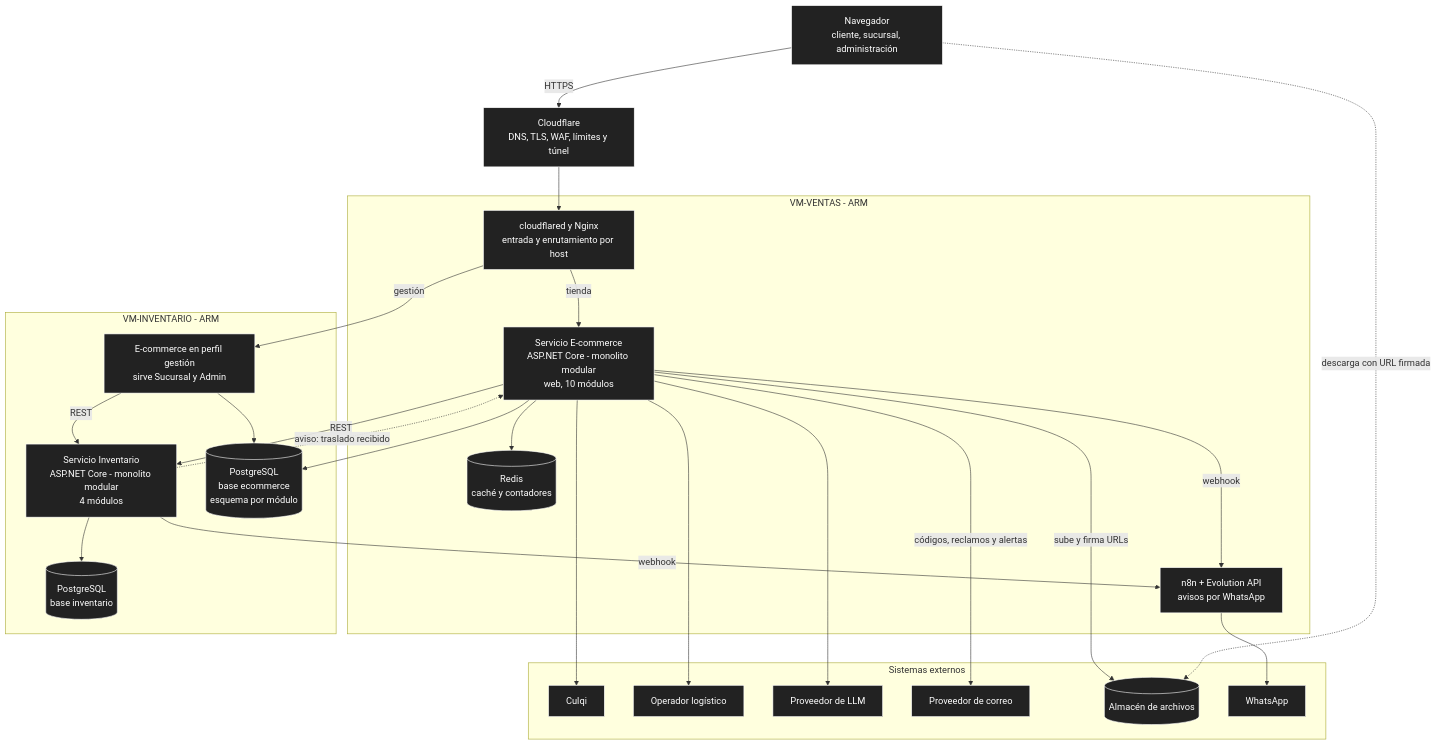
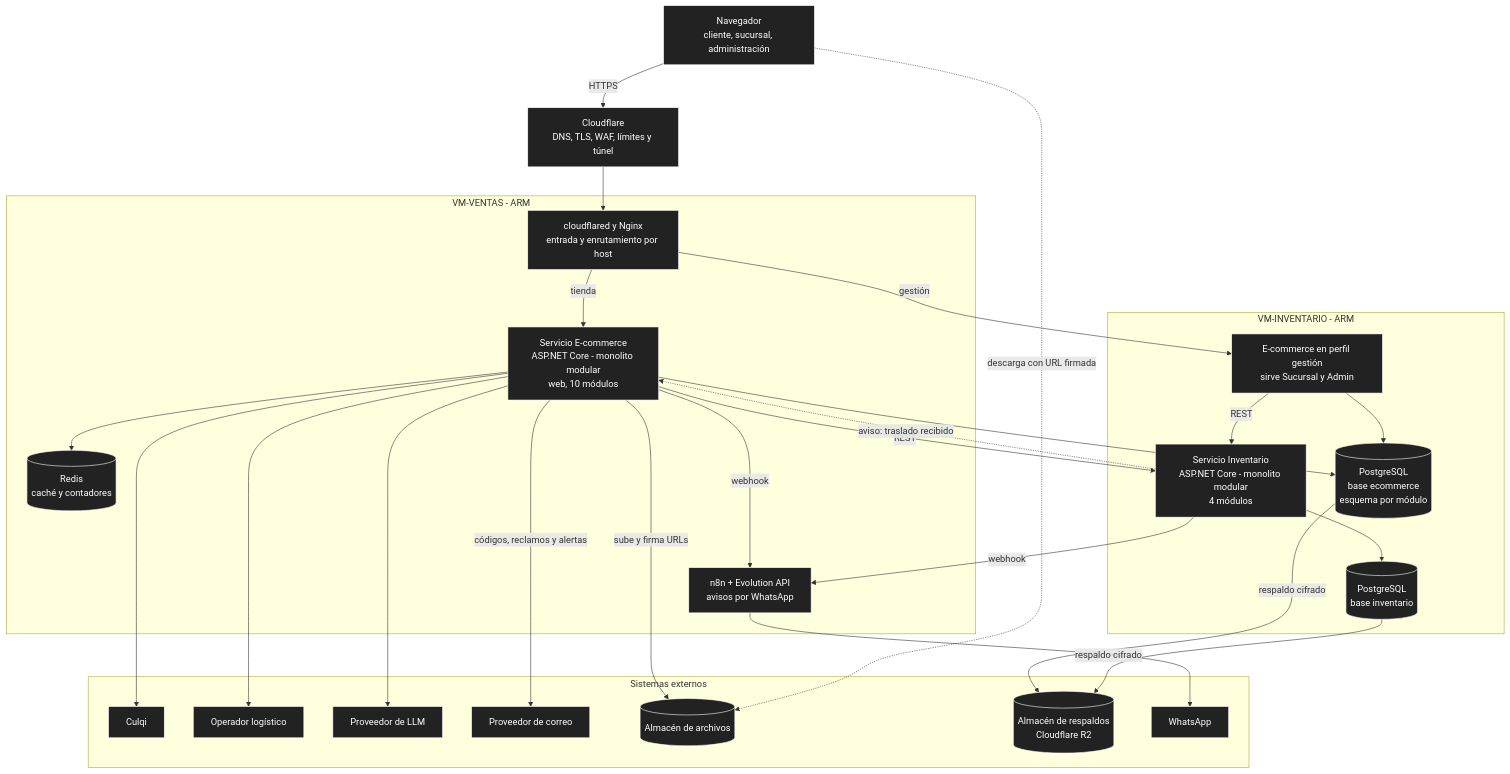
One commit to P35C4D0R4B1050/BabelHub changed the second of 2 diagrams in docs/04-modelo-c4/01-contexto-y-contenedores.md. Above: the diagram before and after it, drawn with Mermaid. The commit also changed other lines of this file and 75 other files, not shown here.

````diff
--- a/docs/04-modelo-c4/01-contexto-y-contenedores.md
+++ b/docs/04-modelo-c4/01-contexto-y-contenedores.md
@@ -58,52 +61,55 @@
 ```mermaid
 flowchart TD
 NAV["Navegador<br/>cliente, sucursal, administración"]
 CF["Cloudflare<br/>DNS, TLS, WAF, límites y túnel"]
 
 subgraph VEN["VM-VENTAS - ARM"]
 NGX["cloudflared y Nginx<br/>entrada y enrutamiento por host"]
 ECO["Servicio E-commerce<br/>ASP.NET Core - monolito modular<br/>web, 10 módulos"]
 RED[("Redis<br/>caché y contadores")]
 N8N["n8n + Evolution API<br/>avisos por WhatsApp"]
 end
 
 subgraph INVM["VM-INVENTARIO - ARM"]
 INV["Servicio Inventario<br/>ASP.NET Core - monolito modular<br/>4 módulos"]
 GES["E-commerce en perfil gestión<br/>sirve Sucursal y Admin"]
 BDE[("PostgreSQL<br/>base ecommerce<br/>esquema por módulo")]
 BDI[("PostgreSQL<br/>base inventario")]
 end
 
 subgraph EXT["Sistemas externos"]
 PAG["Culqi"]
 ENV["Operador logístico"]
 LLM["Proveedor de LLM"]
 COR["Proveedor de correo"]
 ALM[("Almacén de archivos")]
+RESP[("Almacén de respaldos<br/>Cloudflare R2")]
 WA["WhatsApp"]
 end
 
 NAV -->|"HTTPS"| CF
 CF --> NGX
 NGX -->|"tienda"| ECO
 NGX -->|"gestión"| GES
 ECO -->|"REST"| INV
 GES -->|"REST"| INV
 INV -.->|"aviso: traslado recibido"| ECO
 ECO --> BDE
 GES --> BDE
 INV --> BDI
 ECO --> RED
 ECO -->|"webhook"| N8N
 INV -->|"webhook"| N8N
 N8N --> WA
 ECO --> PAG
 ECO --> ENV
 ECO -->|"sube y firma URLs"| ALM
+BDE -->|"respaldo cifrado"| RESP
+BDI -->|"respaldo cifrado"| RESP
 ECO -->|"códigos, reclamos y alertas"| COR
 ECO --> LLM
 NAV -.->|"descarga con URL firmada"| ALM
 
 classDef n fill:#222,stroke:#fff,color:#fff
-class NAV,CF,NGX,ECO,INV,GES,RED,N8N,BDE,BDI,PAG,ENV,LLM,COR,ALM,WA n
+class NAV,CF,NGX,ECO,INV,GES,RED,N8N,BDE,BDI,PAG,ENV,LLM,COR,ALM,RESP,WA n
 ```
````
